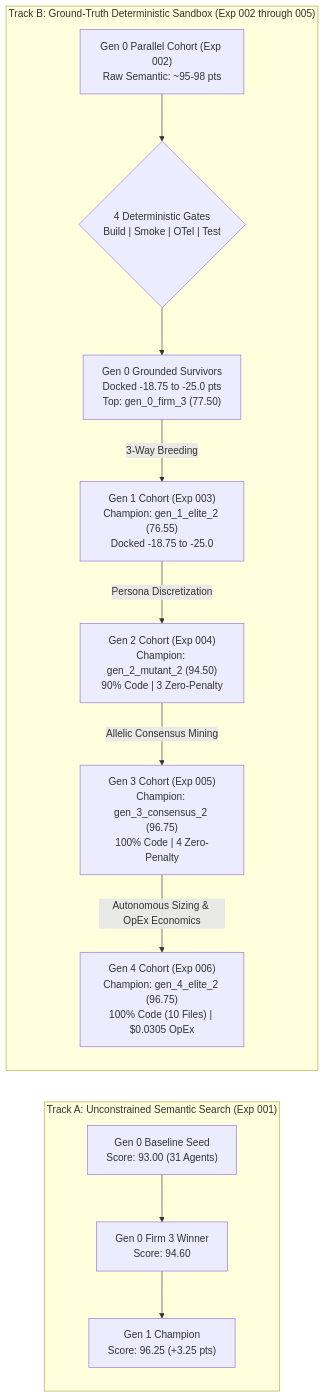
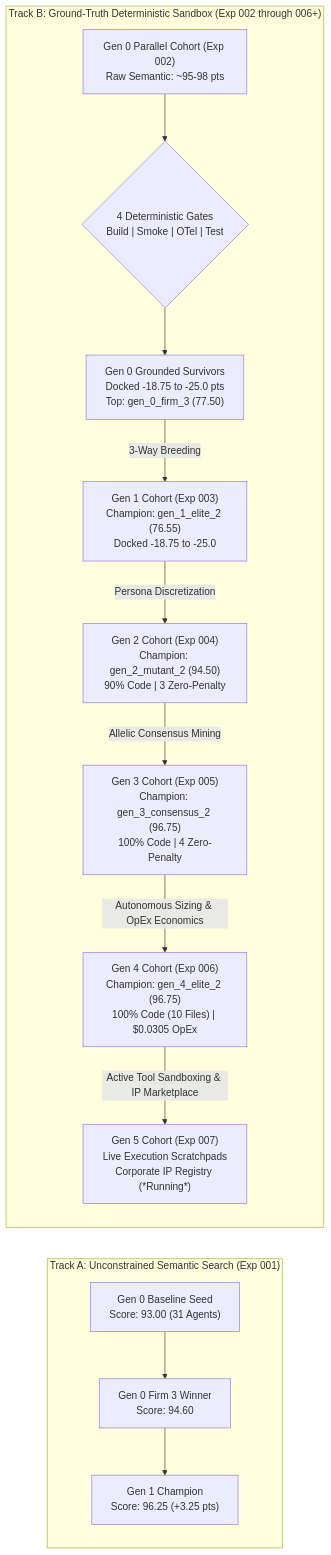
One commit to SinaChavoshi/hierarchical-agent-evolution changed the diagram in experiments/README.md. Above: the diagram before and after it, drawn with Mermaid. The commit also changed other lines of this file, not shown here.

Commit message:
docs: register Gen 5 active tournament in experiments registry and trajectory diagram

````diff
--- a/experiments/README.md
+++ b/experiments/README.md
@@ -30,23 +31,24 @@
 ```mermaid
 graph LR
     subgraph TrackA ["Track A: Unconstrained Semantic Search (Exp 001)"]
         Seed["Gen 0 Baseline Seed<br/>Score: 93.00 (31 Agents)"] --> Firm3["Gen 0 Firm 3 Winner<br/>Score: 94.60"]
         Firm3 --> Elite2["Gen 1 Champion<br/>Score: 96.25 (+3.25 pts)"]
     end
 
-    subgraph TrackB ["Track B: Ground-Truth Deterministic Sandbox (Exp 002 through 005)"]
+    subgraph TrackB ["Track B: Ground-Truth Deterministic Sandbox (Exp 002 through 006+)"]
         ParSeed["Gen 0 Parallel Cohort (Exp 002)<br/>Raw Semantic: ~95-98 pts"]
         Gates{"4 Deterministic Gates<br/>Build | Smoke | OTel | Test"}
         Penalized["Gen 0 Grounded Survivors<br/>Docked -18.75 to -25.0 pts<br/>Top: gen_0_firm_3 (77.50)"]
         Gen1Cohort["Gen 1 Cohort (Exp 003)<br/>Champion: gen_1_elite_2 (76.55)<br/>Docked -18.75 to -25.0"]
         Gen2Cohort["Gen 2 Cohort (Exp 004)<br/>Champion: gen_2_mutant_2 (94.50)<br/>90% Code | 3 Zero-Penalty"]
         Gen3Cohort["Gen 3 Cohort (Exp 005)<br/>Champion: gen_3_consensus_2 (96.75)<br/>100% Code | 4 Zero-Penalty"]
 
         ParSeed --> Gates
         Gates --> Penalized
         Penalized -->|3-Way Breeding| Gen1Cohort
         Gen1Cohort -->|Persona Discretization| Gen2Cohort
         Gen2Cohort -->|Allelic Consensus Mining| Gen3Cohort
         Gen3Cohort -->|Autonomous Sizing & OpEx Economics| Gen4Cohort["Gen 4 Cohort (Exp 006)<br/>Champion: gen_4_elite_2 (96.75)<br/>100% Code (10 Files) | $0.0305 OpEx"]
+        Gen4Cohort -->|Active Tool Sandboxing & IP Marketplace| Gen5Cohort["Gen 5 Cohort (Exp 007)<br/>Live Execution Scratchpads<br/>Corporate IP Registry (*Running*)"]
     end
 ```
````
